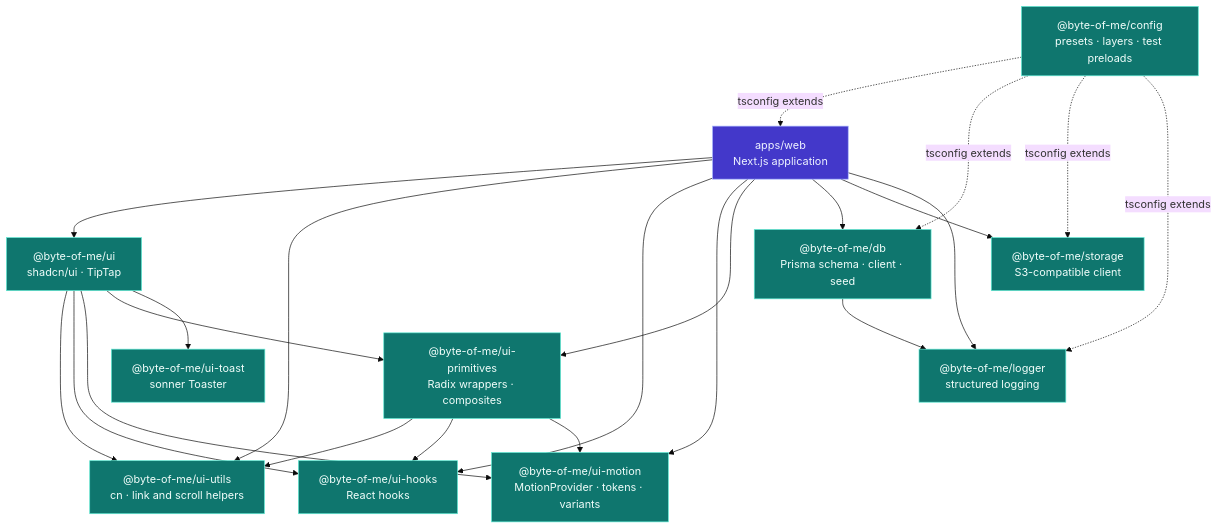
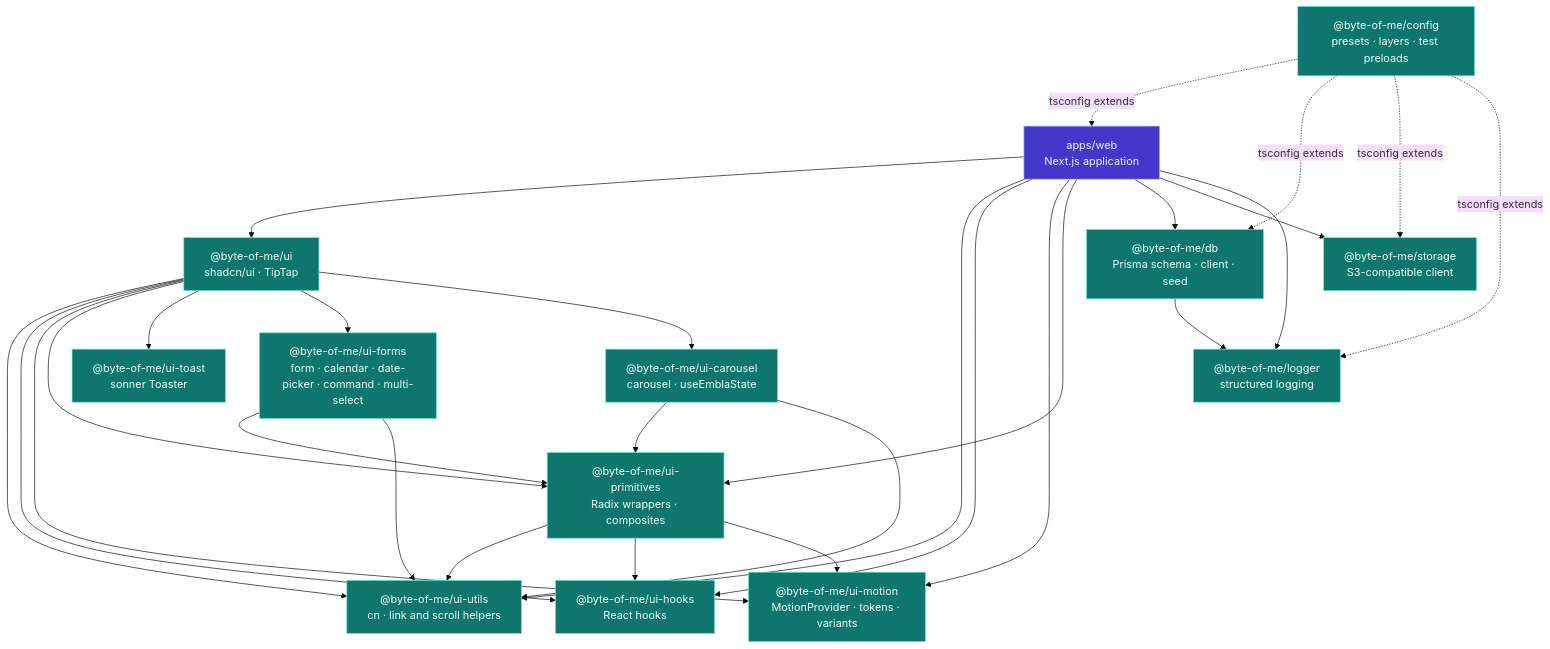
The second of 9 diagrams in docs/architecture.md (lthphuw/byte-of-me), drawn with Mermaid (base theme) before and after one commit. The commit also changed other lines of this file and 34 other files, not shown here.

````diff
--- a/docs/architecture.md
+++ b/docs/architecture.md
@@ -99,44 +99,52 @@
 ```mermaid
 flowchart TB
     WEB["apps/web<br/>Next.js application"]
 
     UI["@byte-of-me/ui<br/>shadcn/ui · TipTap"]
     UTILS["@byte-of-me/ui-utils<br/>cn · link and scroll helpers"]
     HOOKS["@byte-of-me/ui-hooks<br/>React hooks"]
     MOTION["@byte-of-me/ui-motion<br/>MotionProvider · tokens · variants"]
     PRIMS["@byte-of-me/ui-primitives<br/>Radix wrappers · composites"]
     TOAST["@byte-of-me/ui-toast<br/>sonner Toaster"]
+    FORMS["@byte-of-me/ui-forms<br/>form · calendar · date-picker · command · multi-select"]
+    CAROUSEL["@byte-of-me/ui-carousel<br/>carousel · useEmblaState"]
     DB["@byte-of-me/db<br/>Prisma schema · client · seed"]
     ST["@byte-of-me/storage<br/>S3-compatible client"]
     LOG["@byte-of-me/logger<br/>structured logging"]
     CFG["@byte-of-me/config<br/>presets · layers · test preloads"]
 
     WEB --> UI
     WEB --> UTILS
     WEB --> HOOKS
     WEB --> MOTION
     WEB --> PRIMS
     WEB --> DB
     WEB --> ST
     WEB --> LOG
     UI --> UTILS
     UI --> HOOKS
     UI --> MOTION
     UI --> PRIMS
     UI --> TOAST
+    UI --> FORMS
+    UI --> CAROUSEL
+    FORMS --> PRIMS
+    FORMS --> UTILS
+    CAROUSEL --> PRIMS
+    CAROUSEL --> UTILS
     PRIMS --> UTILS
     PRIMS --> HOOKS
     PRIMS --> MOTION
     DB --> LOG
 
     CFG -.->|"tsconfig extends"| WEB
     CFG -.->|"tsconfig extends"| DB
     CFG -.->|"tsconfig extends"| ST
     CFG -.->|"tsconfig extends"| LOG
 
     classDef app fill:#4338ca,stroke:#a5b4fc,color:#eef2ff
     classDef pkg fill:#0f766e,stroke:#5eead4,color:#f0fdfa
 
     class WEB app
-    class UI,UTILS,HOOKS,MOTION,PRIMS,TOAST,DB,ST,LOG,CFG pkg
+    class UI,UTILS,HOOKS,MOTION,PRIMS,TOAST,FORMS,CAROUSEL,DB,ST,LOG,CFG pkg
 ```
````
